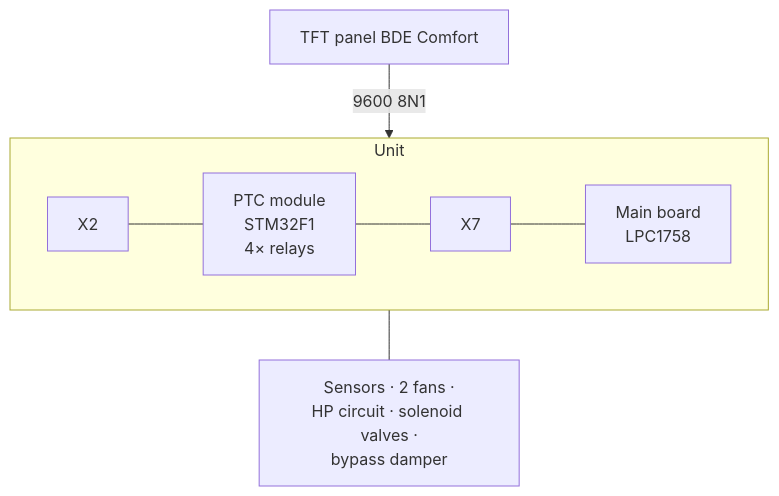
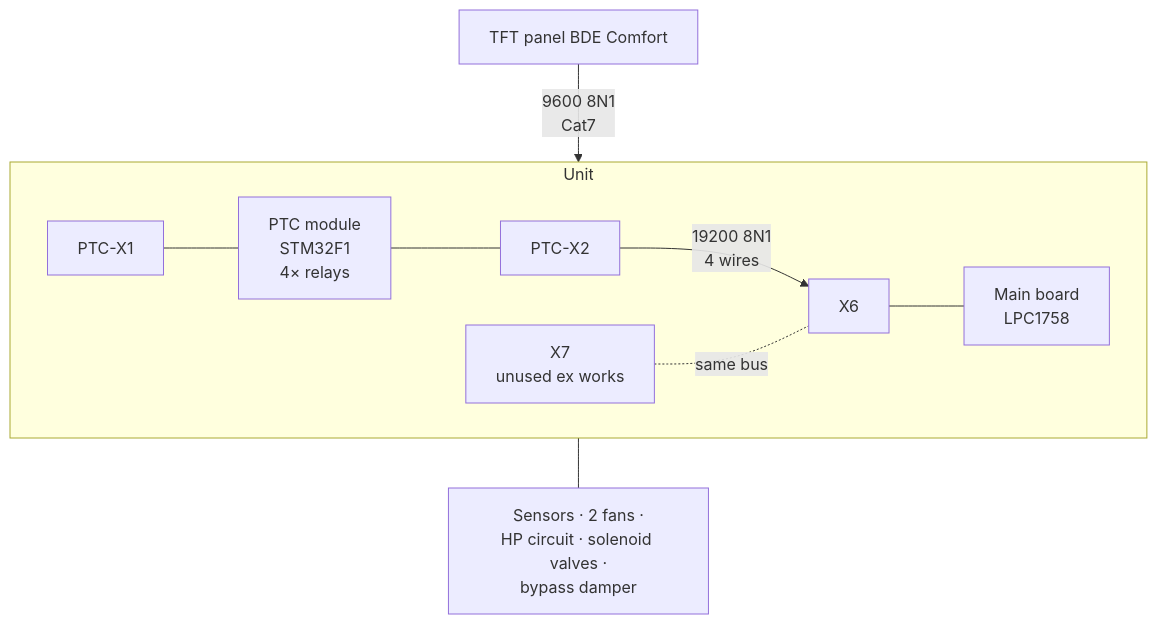
One commit to markusmauch/proxon-hesp changed the diagram in docs/anlage.en.md. Above: the diagram before and after it, drawn with Mermaid. The commit also changed other lines of this file and 6 other files, not shown here.

First line of the commit message:
Anlage: Kabelweg korrigiert (BDE an PTC-X1, PTC-X2 an X6, X7 ab Werk frei), Messanleitung und Fotos

````diff
--- a/docs/anlage.en.md
+++ b/docs/anlage.en.md
@@ -28,11 +33,13 @@
 ```mermaid
 flowchart TB
     subgraph Unit
         direction LR
-        X2["X2"] --- STM["PTC module<br/>STM32F1<br/>4× relays"]
-        STM --- X7["X7"]
-        X7 --- LPC["Main board<br/>LPC1758"]
+        X1["PTC-X1"] --- STM["PTC module<br/>STM32F1<br/>4× relays"]
+        STM --- PX2["PTC-X2"]
+        PX2 -->|"19200 8N1<br/>4 wires"| X6["X6"]
+        X6 --- LPC["Main board<br/>LPC1758"]
+        X7["X7<br/>unused ex works"] -. same bus .- X6
     end
-    BDE["TFT panel BDE Comfort"] -->|9600 8N1| X2
+    BDE["TFT panel BDE Comfort"] -->|"9600 8N1<br/>Cat7"| X1
     LPC --- IO["Sensors · 2 fans ·<br/>HP circuit · solenoid valves ·<br/>bypass damper"]
 ```
````
